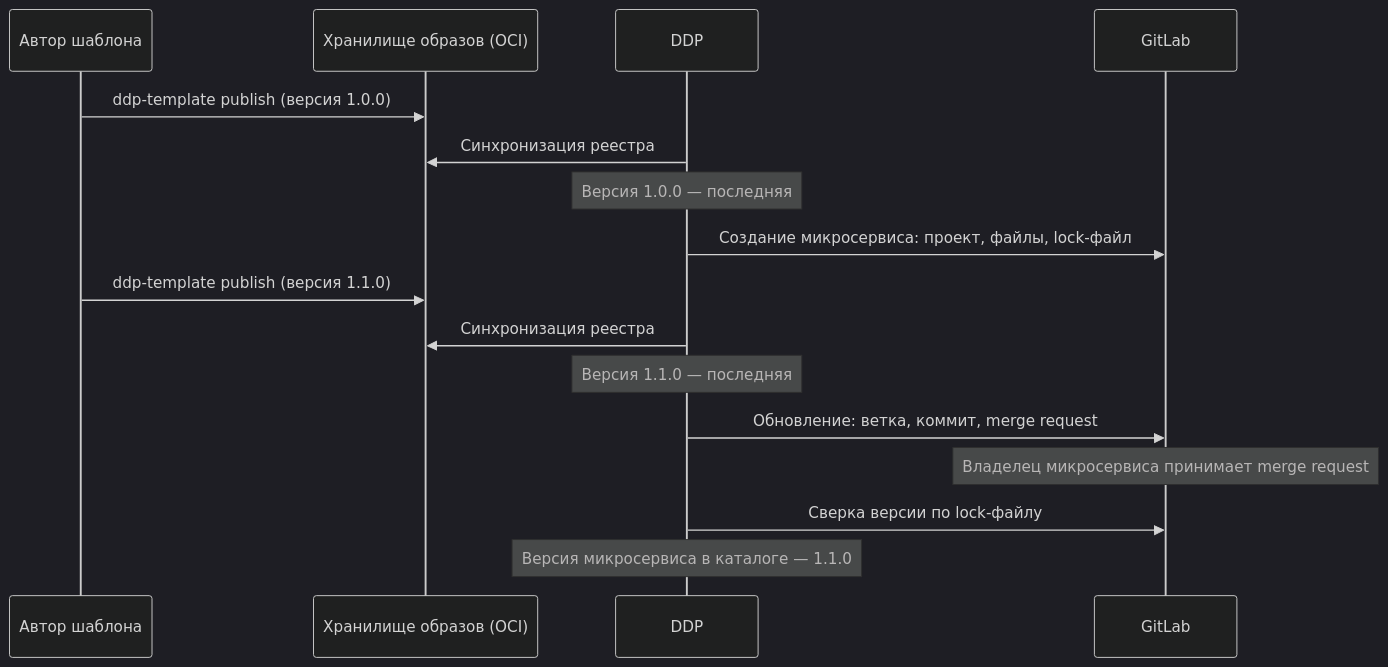
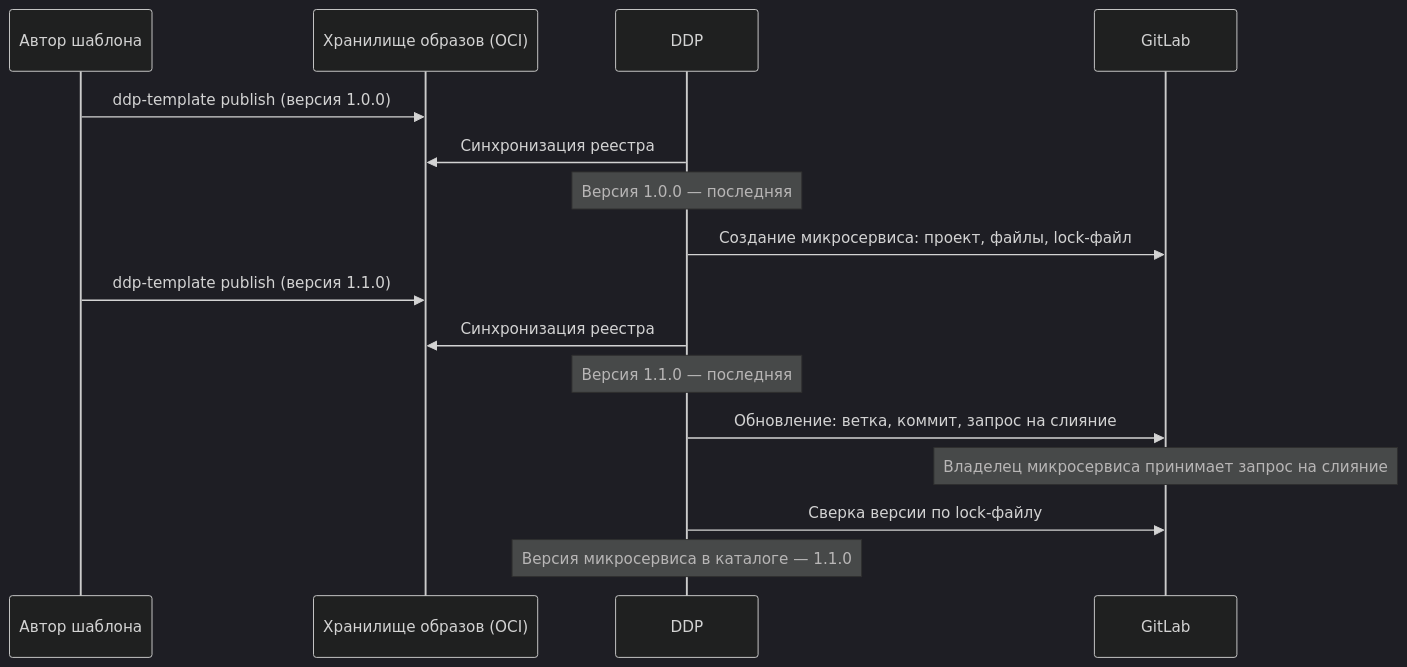
Before and after one commit to deckhouse/website-development-platform: the diagram in content/documentation/admin/templates/overview.ru.md, drawn with Mermaid (dark theme). The commit also changed other lines of this file and 211 other files, not shown here.

````diff
--- a/content/documentation/admin/templates/overview.ru.md
+++ b/content/documentation/admin/templates/overview.ru.md
@@ -29,18 +29,18 @@
 ```mermaid
 sequenceDiagram
   participant A as Автор шаблона
   participant O as Хранилище образов (OCI)
   participant D as DDP
   participant G as GitLab
   A->>O: ddp-template publish (версия 1.0.0)
   D->>O: Синхронизация реестра
   Note over D: Версия 1.0.0 — последняя
   D->>G: Создание микросервиса: проект, файлы, lock-файл
   A->>O: ddp-template publish (версия 1.1.0)
   D->>O: Синхронизация реестра
   Note over D: Версия 1.1.0 — последняя
-  D->>G: Обновление: ветка, коммит, merge request
-  Note over G: Владелец микросервиса принимает merge request
+  D->>G: Обновление: ветка, коммит, запрос на слияние
+  Note over G: Владелец микросервиса принимает запрос на слияние
   D->>G: Сверка версии по lock-файлу
   Note over D: Версия микросервиса в каталоге — 1.1.0
 ```
````
